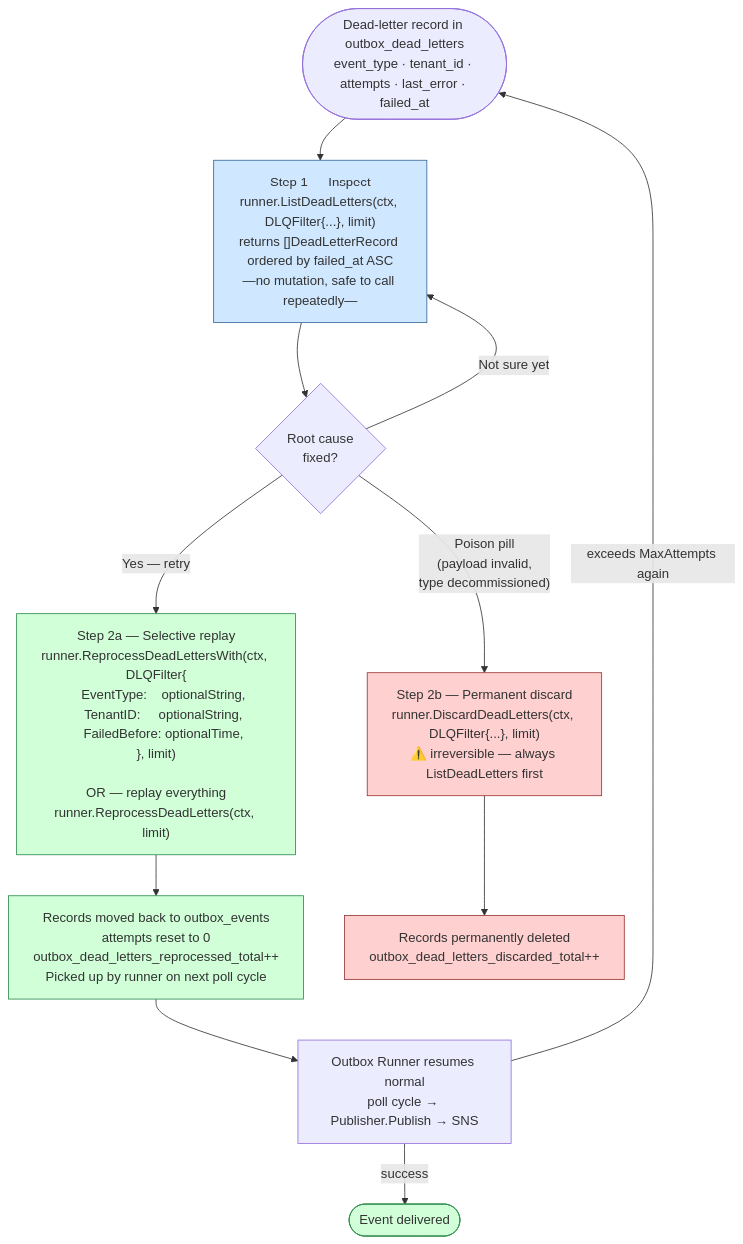
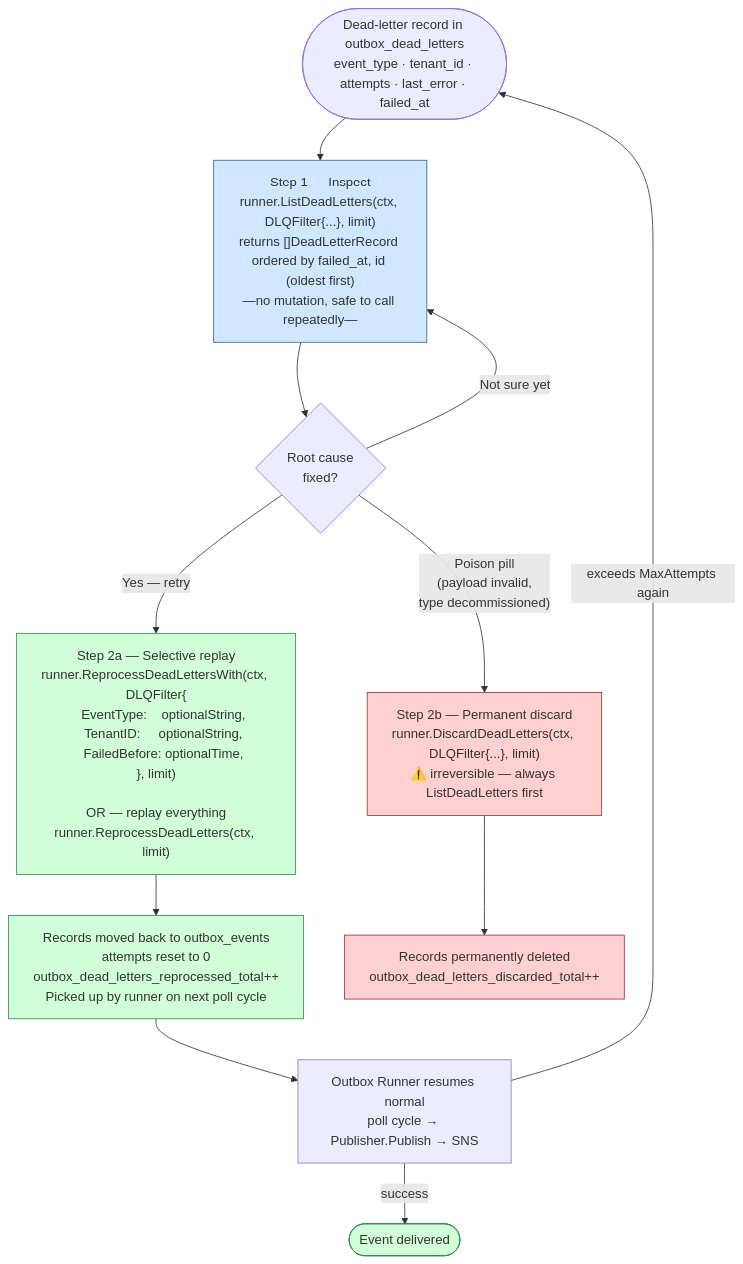
One commit to BCBP-SOLUTIONS-FZC-LLC/platform-events changed the diagram in docs/architecture/mermaid/dlq-management-flow.mmd. Above: the diagram before and after it, drawn with Mermaid. The commit also changed 153 other files, not shown here.

```diff
--- a/docs/architecture/mermaid/dlq-management-flow.mmd
+++ b/docs/architecture/mermaid/dlq-management-flow.mmd
@@ -1,28 +1,28 @@
 flowchart TD
     A([Dead-letter record in outbox_dead_letters\nevent_type · tenant_id · attempts · last_error · failed_at]) --> INSPECT
 
-    INSPECT["Step 1 — Inspect\nrunner.ListDeadLetters(ctx, DLQFilter{...}, limit)\nreturns []DeadLetterRecord ordered by failed_at ASC\n—no mutation, safe to call repeatedly—"]
+    INSPECT["Step 1 — Inspect\nrunner.ListDeadLetters(ctx, DLQFilter{...}, limit)\nreturns []DeadLetterRecord ordered by failed_at, id (oldest first)\n—no mutation, safe to call repeatedly—"]
 
     INSPECT --> DECIDE{Root cause\nfixed?}
 
     DECIDE -- "Yes — retry" --> REPLAY
     DECIDE -- "Poison pill\n(payload invalid,\ntype decommissioned)" --> DISCARD
     DECIDE -- "Not sure yet" --> INSPECT
 
     REPLAY["Step 2a — Selective replay\nrunner.ReprocessDeadLettersWith(ctx, DLQFilter{\n    EventType:    optionalString,\n    TenantID:     optionalString,\n    FailedBefore: optionalTime,\n}, limit)\n\nOR — replay everything\nrunner.ReprocessDeadLetters(ctx, limit)"]
 
     DISCARD["Step 2b — Permanent discard\nrunner.DiscardDeadLetters(ctx, DLQFilter{...}, limit)\n⚠️ irreversible — always ListDeadLetters first"]
 
     REPLAY --> REQUEUE["Records moved back to outbox_events\nattempts reset to 0\noutbox_dead_letters_reprocessed_total++\nPicked up by runner on next poll cycle"]
     DISCARD --> GONE["Records permanently deleted\noutbox_dead_letters_discarded_total++"]
 
     REQUEUE --> RUNNER["Outbox Runner resumes normal\npoll cycle → Publisher.Publish → SNS"]
     RUNNER -- success --> DONE([Event delivered])
     RUNNER -- exceeds MaxAttempts again --> A
 
     style INSPECT fill:#d0e8ff,stroke:#336699
     style REPLAY fill:#d0ffd8,stroke:#2d8a4e
     style DISCARD fill:#ffd0d0,stroke:#993333
     style GONE fill:#ffd0d0,stroke:#993333
     style REQUEUE fill:#d0ffd8,stroke:#2d8a4e
     style DONE fill:#d0ffd8,stroke:#2d8a4e
```
